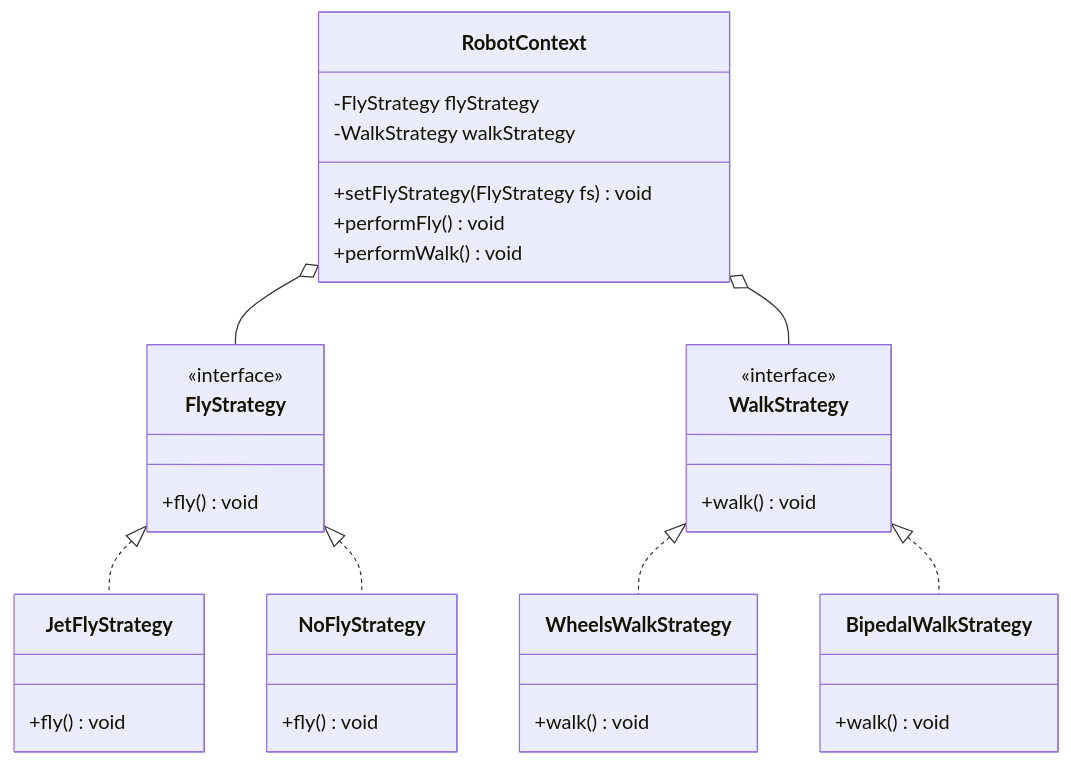
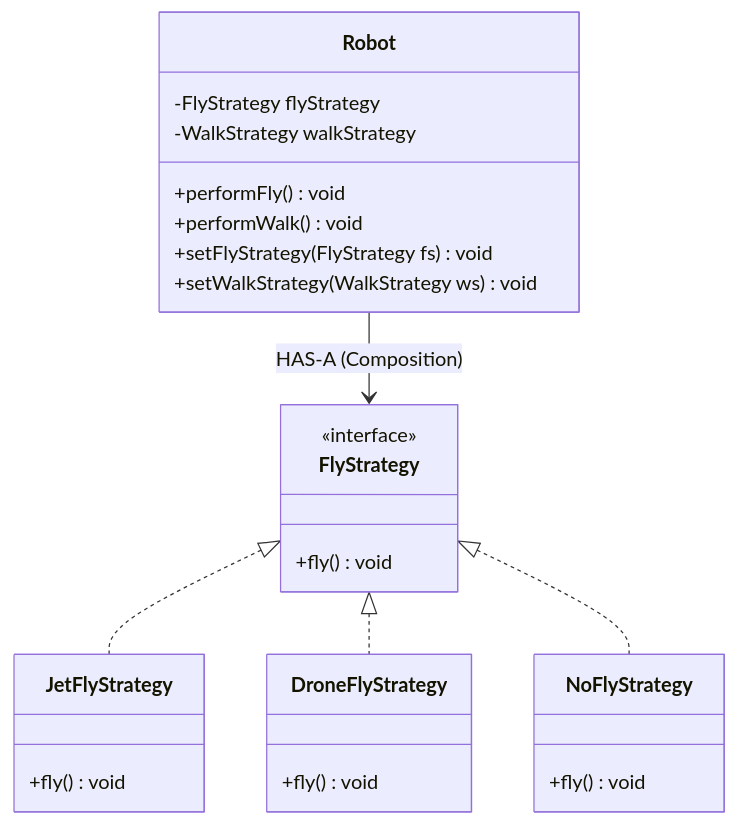
Before and after one commit to rohithgowda18/Notes: the second of 2 diagrams in 04-OOPs-and-Design-Patterns/03-Design-Patterns/08-Strategy-Design-Pattern.md, drawn with Mermaid. The commit also changed other lines of this file and 17 other files, not shown here.

Commit message:
docs(lld): enrich notes with deep architectural analysis, diagrams, anti-patterns & code

````diff
--- a/04-OOPs-and-Design-Patterns/03-Design-Patterns/08-Strategy-Design-Pattern.md
+++ b/04-OOPs-and-Design-Patterns/03-Design-Patterns/08-Strategy-Design-Pattern.md
@@ -35,39 +53,30 @@
 ```mermaid
 classDiagram
-    class RobotContext {
+    class Robot {
         -FlyStrategy flyStrategy
         -WalkStrategy walkStrategy
-        +setFlyStrategy(FlyStrategy fs) void
         +performFly() void
         +performWalk() void
+        +setFlyStrategy(FlyStrategy fs) void
+        +setWalkStrategy(WalkStrategy ws) void
     }
 
     class FlyStrategy {
         <<interface>>
         +fly() void
     }
     class JetFlyStrategy {
         +fly() void
     }
+    class DroneFlyStrategy {
+        +fly() void
+    }
     class NoFlyStrategy {
         +fly() void
     }
 
-    class WalkStrategy {
-        <<interface>>
-        +walk() void
-    }
-    class WheelsWalkStrategy {
-        +walk() void
-    }
-    class BipedalWalkStrategy {
-        +walk() void
-    }
-
-    RobotContext o-- FlyStrategy
-    RobotContext o-- WalkStrategy
     FlyStrategy <|.. JetFlyStrategy
+    FlyStrategy <|.. DroneFlyStrategy
     FlyStrategy <|.. NoFlyStrategy
-    WalkStrategy <|.. WheelsWalkStrategy
-    WalkStrategy <|.. BipedalWalkStrategy
+    Robot --> FlyStrategy : HAS-A (Composition)
 ```
````
